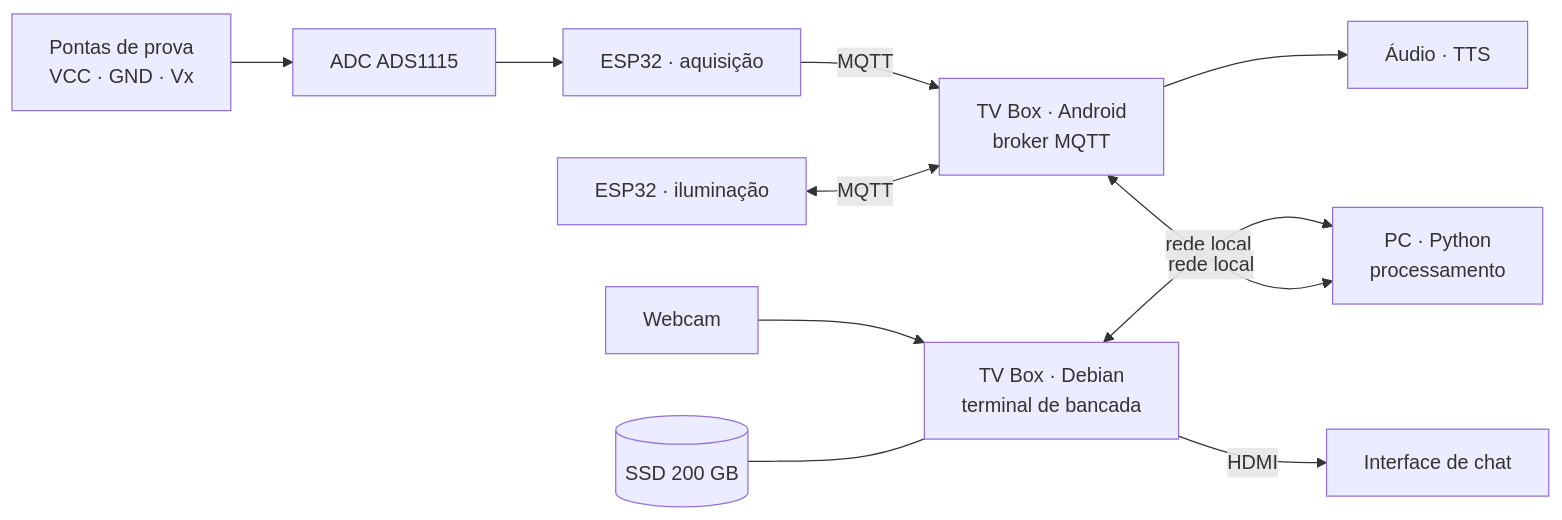
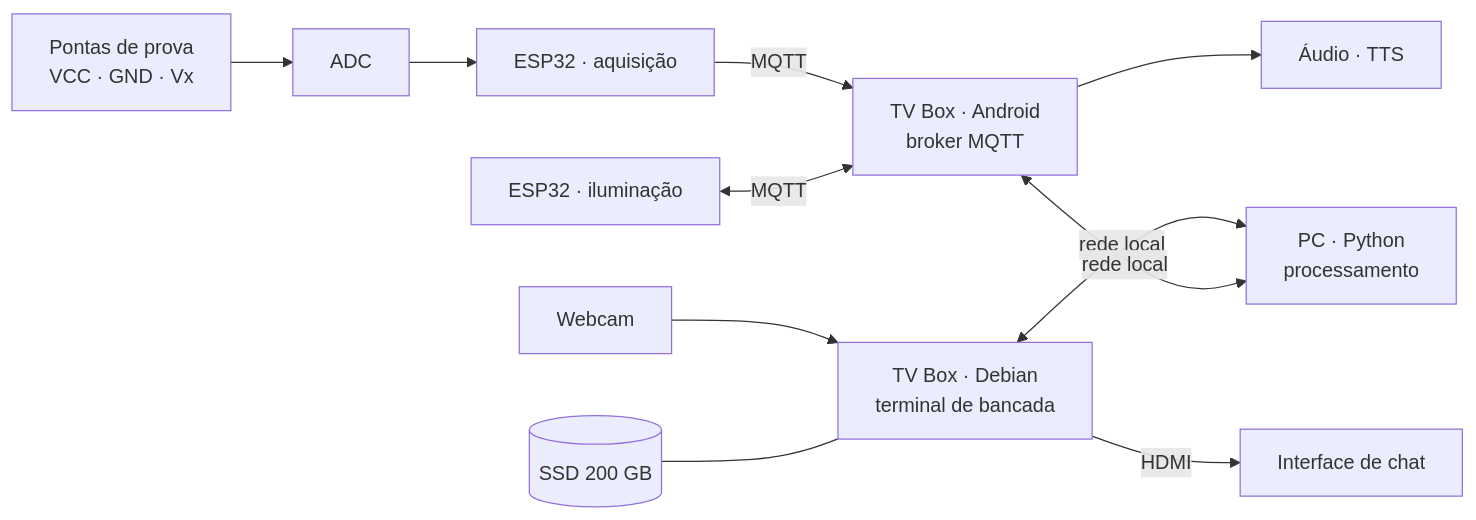
The diagram in README.md (aCoruja/atena-lab-assistant), drawn with Mermaid before and after one commit.

````diff
--- a/README.md
+++ b/README.md
@@ -66,13 +66,13 @@
 ```mermaid
 flowchart LR
-    PROBE[Pontas de prova<br/>VCC · GND · Vx] --> ADC[ADC ADS1115]
+    PROBE[Pontas de prova<br/>VCC · GND · Vx] --> ADC[ADC]
     ADC --> ESP1[ESP32 · aquisição]
     ESP1 -->|MQTT| TVA[TV Box · Android<br/>broker MQTT]
     ESP2[ESP32 · iluminação] <-->|MQTT| TVA
     TVA --> SPK[Áudio · TTS]
     CAM[Webcam] --> TVD[TV Box · Debian<br/>terminal de bancada]
     SSD[(SSD 200 GB)] --- TVD
     TVD -->|HDMI| CHAT[Interface de chat]
     TVD <-->|rede local| PC[PC · Python<br/>processamento]
     TVA <-->|rede local| PC
 ```
````
